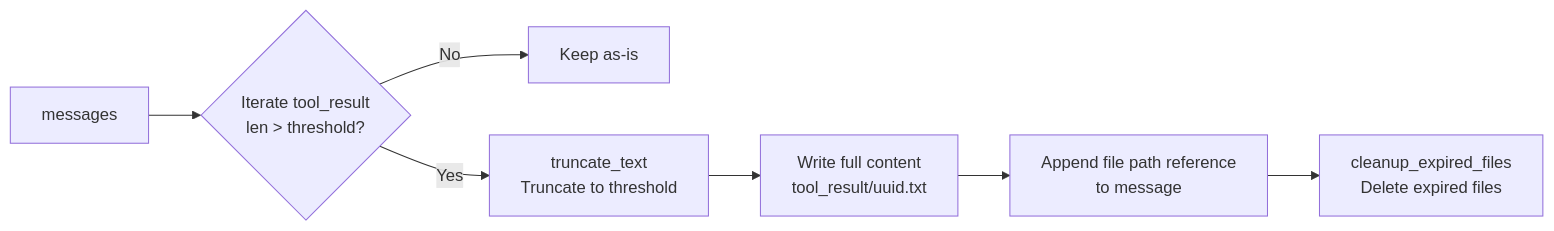
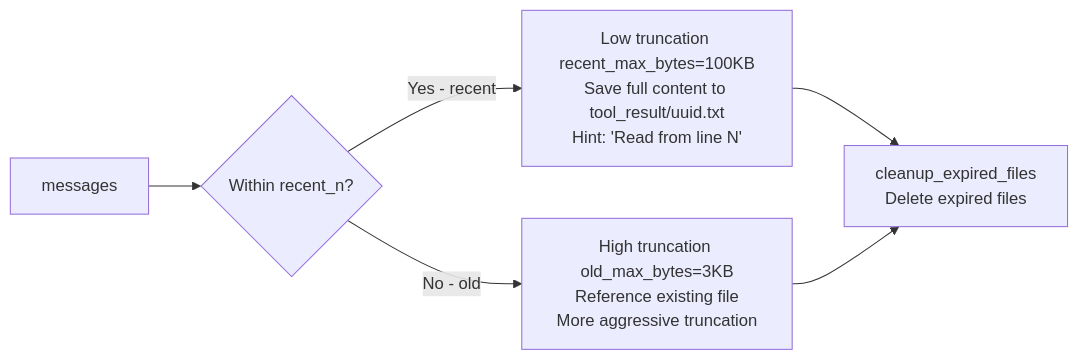
Before and after one commit to lllyyysss77/ReMe: the sixth of 10 diagrams in README.md, drawn with Mermaid. The commit also changed other lines of this file and 1 other file, not shown here.

````diff
--- a/README.md
+++ b/README.md
@@ -330,9 +346,8 @@
 ```mermaid
 graph LR
-    M[messages] --> L{Iterate tool_result<br>len > threshold?}
-    L -->|No| K[Keep as-is]
-    L -->|Yes| T[truncate_text<br>Truncate to threshold]
-    T --> S[Write full content<br>tool_result/uuid.txt]
-    S --> R[Append file path reference<br>to message]
-    R --> C[cleanup_expired_files<br>Delete expired files]
+    M[messages] --> B{Within recent_n?}
+    B -->|Yes - recent| C[Low truncation recent_max_bytes=100KB<br>Save full content to tool_result/uuid.txt<br>Hint: 'Read from line N']
+    B -->|No - old| D[High truncation old_max_bytes=3KB<br>Reference existing file<br>More aggressive truncation]
+    C --> E[cleanup_expired_files<br>Delete expired files]
+    D --> E
 ```
````
